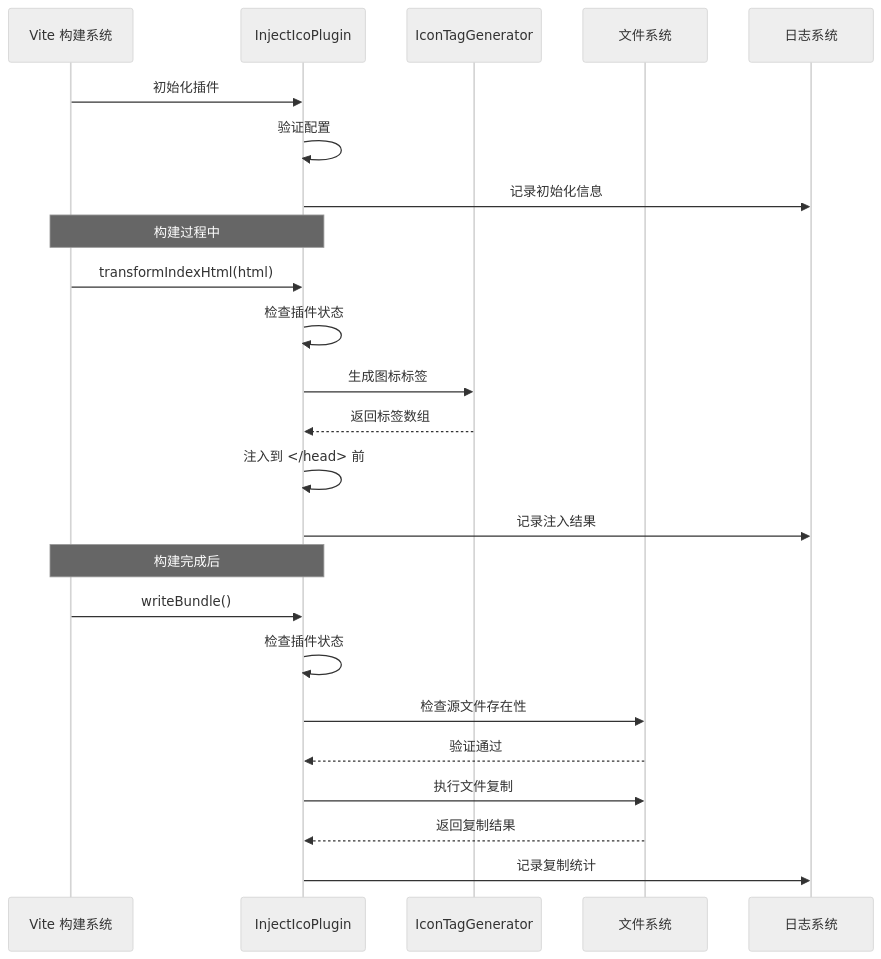
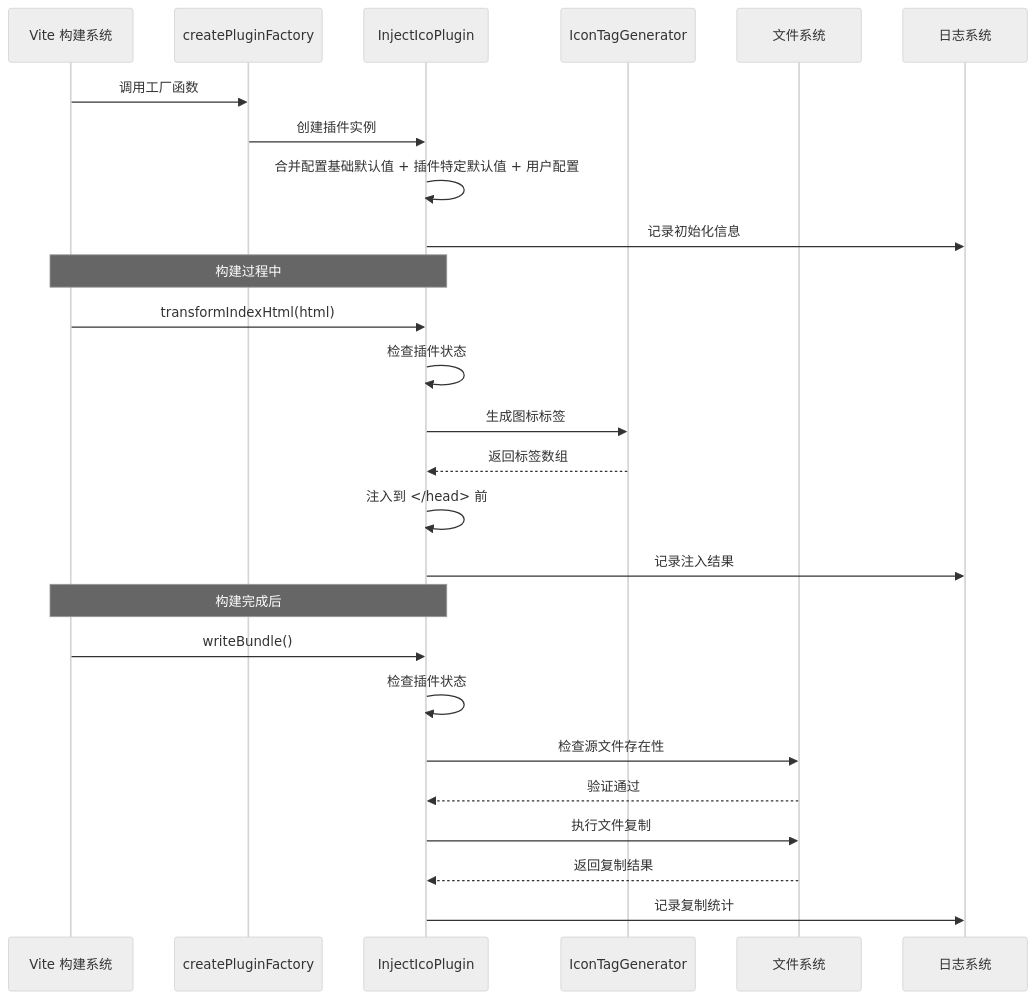
Before and after one commit to MengXi-Studio/vite-plugin: the third of 9 diagrams in .qoder/repowiki/zh/content/核心插件/图标注入插件 (injectIco).md, drawn with Mermaid (neutral theme). The commit also changed other lines of this file and 5 other files, not shown here.

````diff
--- a/.qoder/repowiki/zh/content/核心插件/图标注入插件 (injectIco).md
+++ b/.qoder/repowiki/zh/content/核心插件/图标注入插件 (injectIco).md
@@ -168,26 +183,28 @@
 ```mermaid
 sequenceDiagram
 participant Vite as Vite 构建系统
+participant Factory as createPluginFactory
 participant Plugin as InjectIcoPlugin
 participant Generator as IconTagGenerator
 participant FS as 文件系统
 participant Logger as 日志系统
-Vite->>Plugin : 初始化插件
-Plugin->>Plugin : 验证配置
+Vite->>Factory : 调用工厂函数
+Factory->>Plugin : 创建插件实例
+Plugin->>Plugin : 合并配置基础默认值 + 插件特定默认值 + 用户配置
 Plugin->>Logger : 记录初始化信息
 Note over Vite,Plugin : 构建过程中
 Vite->>Plugin : transformIndexHtml(html)
 Plugin->>Plugin : 检查插件状态
 Plugin->>Generator : 生成图标标签
 Generator-->>Plugin : 返回标签数组
 Plugin->>Plugin : 注入到 </head> 前
 Plugin->>Logger : 记录注入结果
 Note over Vite,Plugin : 构建完成后
 Vite->>Plugin : writeBundle()
 Plugin->>Plugin : 检查插件状态
 Plugin->>FS : 检查源文件存在性
 FS-->>Plugin : 验证通过
 Plugin->>FS : 执行文件复制
 FS-->>Plugin : 返回复制结果
 Plugin->>Logger : 记录复制统计
 ```
````
